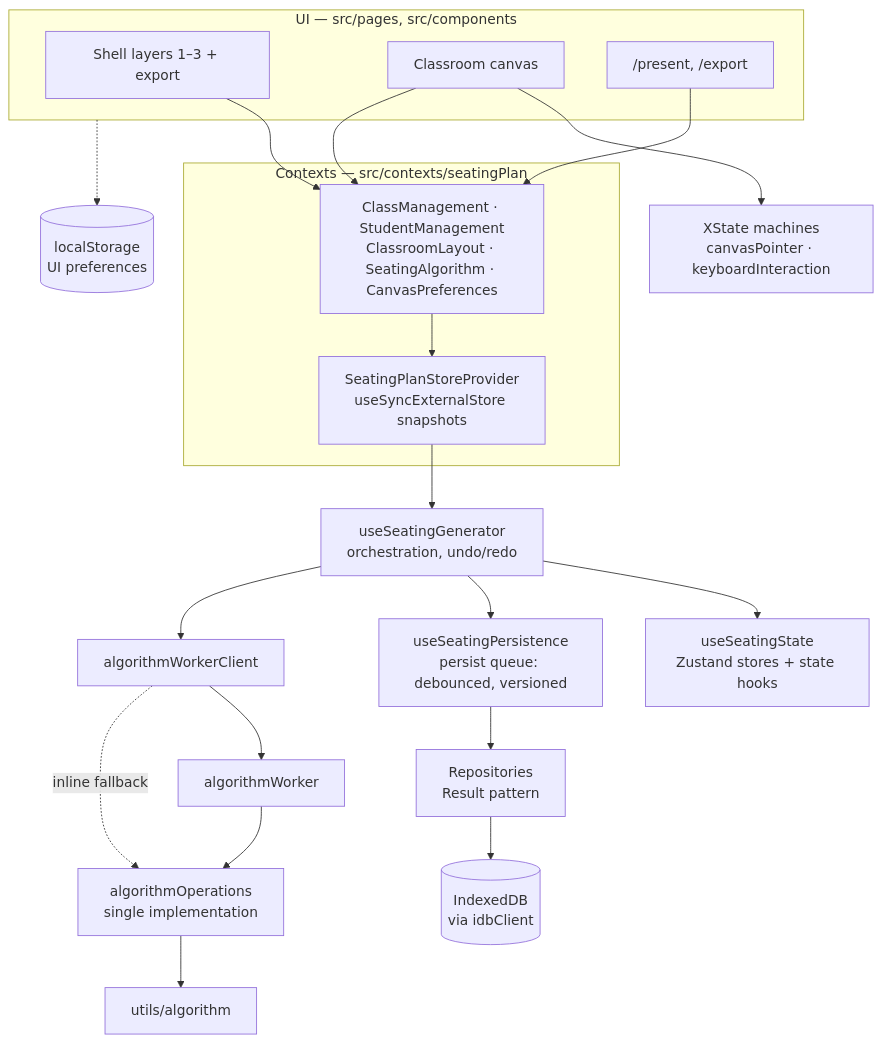
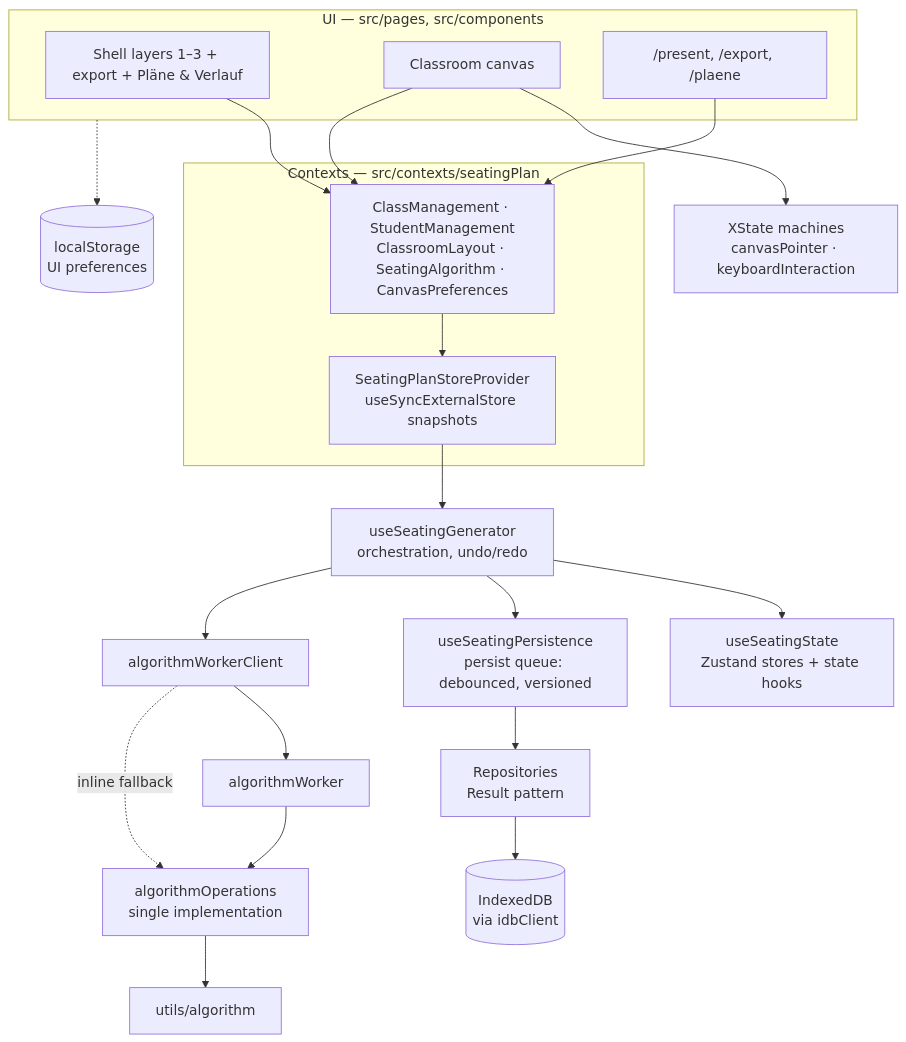
The first of 3 diagrams in docs/ARCHITECTURE.md (SirEckehard/Klassenplan), drawn with Mermaid before and after one commit. The commit also changed other lines of this file and 48 other files, not shown here.

First line of the commit message:
change: "Pläne & Verlauf" is a page of folders in columns, the dialog is gone

````diff
--- a/docs/ARCHITECTURE.md
+++ b/docs/ARCHITECTURE.md
@@ -141,36 +141,36 @@
 ```mermaid
 flowchart TD
   subgraph ui["UI — src/pages, src/components"]
-    wizard["Shell layers 1–3 + export"]
+    wizard["Shell layers 1–3 + export + Pläne & Verlauf"]
     canvas["Classroom canvas"]
-    present["/present, /export"]
+    present["/present, /export, /plaene"]
   end
 
   subgraph ctx["Contexts — src/contexts/seatingPlan"]
     domain["ClassManagement · StudentManagement<br/>ClassroomLayout · SeatingAlgorithm · CanvasPreferences"]
     bridge["SeatingPlanStoreProvider<br/>useSyncExternalStore snapshots"]
   end
 
   generator["useSeatingGenerator<br/>orchestration, undo/redo"]
   state["useSeatingState<br/>Zustand stores + state hooks"]
   machines["XState machines<br/>canvasPointer · keyboardInteraction"]
   persistence["useSeatingPersistence<br/>persist queue: debounced, versioned"]
   repos["Repositories<br/>Result pattern"]
   idb[("IndexedDB<br/>via idbClient")]
   ls[("localStorage<br/>UI preferences")]
   client["algorithmWorkerClient"]
   worker["algorithmWorker"]
   ops["algorithmOperations<br/>single implementation"]
   algo["utils/algorithm"]
 
   wizard --> domain
   present --> domain
   canvas --> machines
   canvas --> domain
   domain --> bridge --> generator
   generator --> state
   generator --> persistence --> repos --> idb
   generator --> client --> worker --> ops --> algo
   client -.->|inline fallback| ops
   ui -.-> ls
 ```
````
